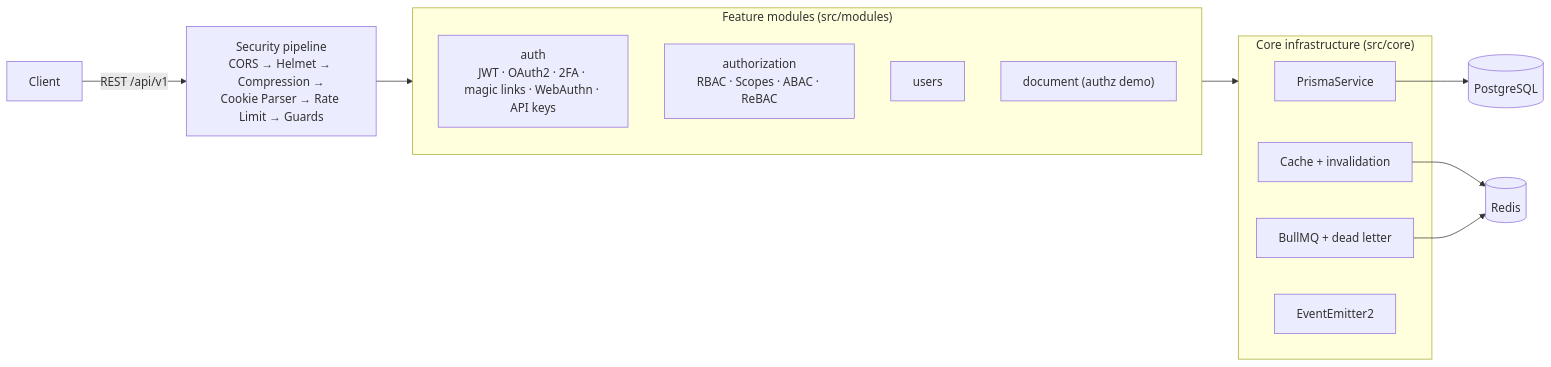
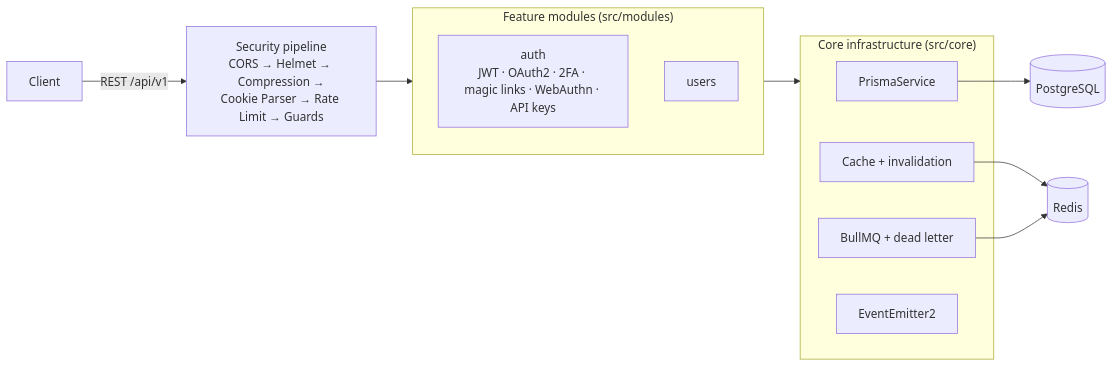
Before and after one commit to muhammadasif2017/nest-nexus: the first of 3 diagrams in Readme.md, drawn with Mermaid. The commit also changed other lines of this file and 1 other file, not shown here.

Commit message:
docs: remove authorization section from CLAUDE.md and Readme

````diff
--- a/Readme.md
+++ b/Readme.md
@@ -32,24 +31,22 @@
 ```mermaid
 flowchart LR
     Client["Client"] -->|"REST /api/v1"| Pipeline["Security pipeline<br/>CORS → Helmet → Compression →<br/>Cookie Parser → Rate Limit → Guards"]
     Pipeline --> Features
 
     subgraph Features["Feature modules (src/modules)"]
         Auth["auth<br/>JWT · OAuth2 · 2FA · magic links · WebAuthn · API keys"]
-        Authz["authorization<br/>RBAC · Scopes · ABAC · ReBAC"]
         Users["users"]
-        Docs["document (authz demo)"]
     end
 
     subgraph Core["Core infrastructure (src/core)"]
         Prisma["PrismaService"]
         Cache["Cache + invalidation"]
         Queues["BullMQ + dead letter"]
         Events["EventEmitter2"]
     end
 
     Features --> Core
     Prisma --> PG[("PostgreSQL")]
     Cache --> Redis[("Redis")]
     Queues --> Redis
 ```
````
